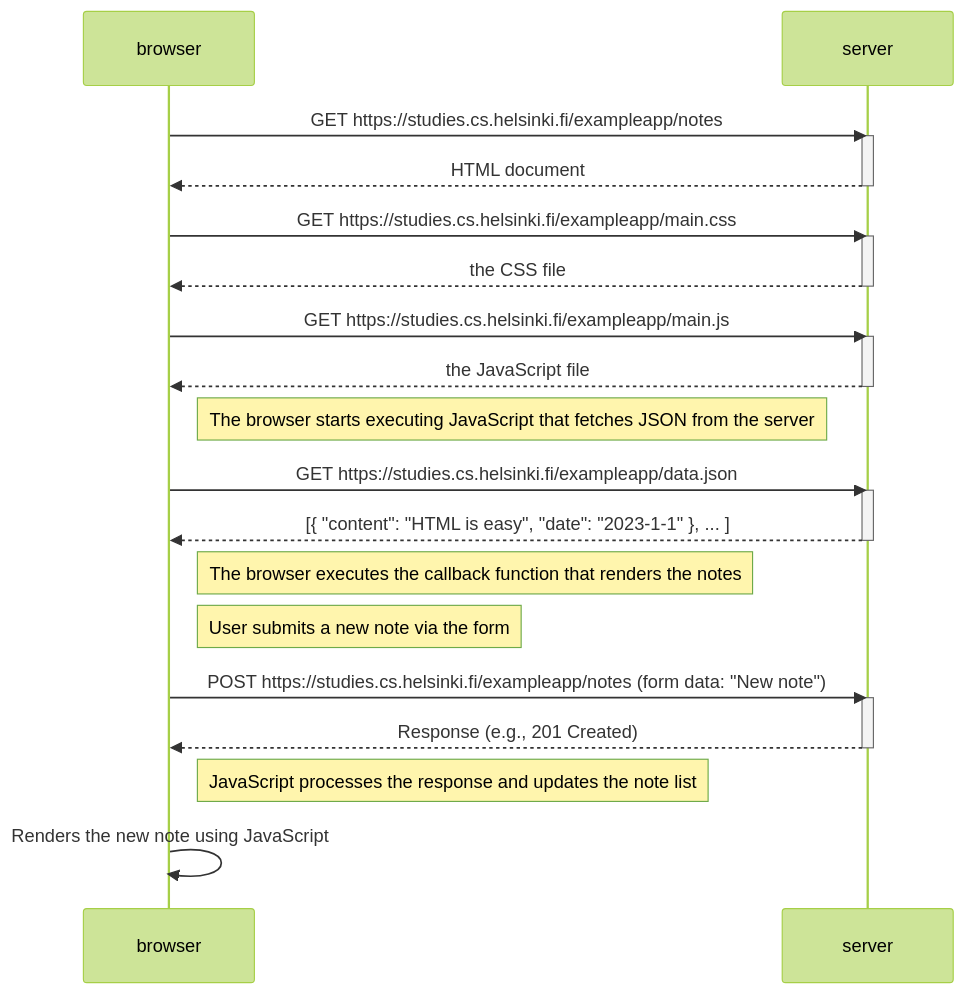
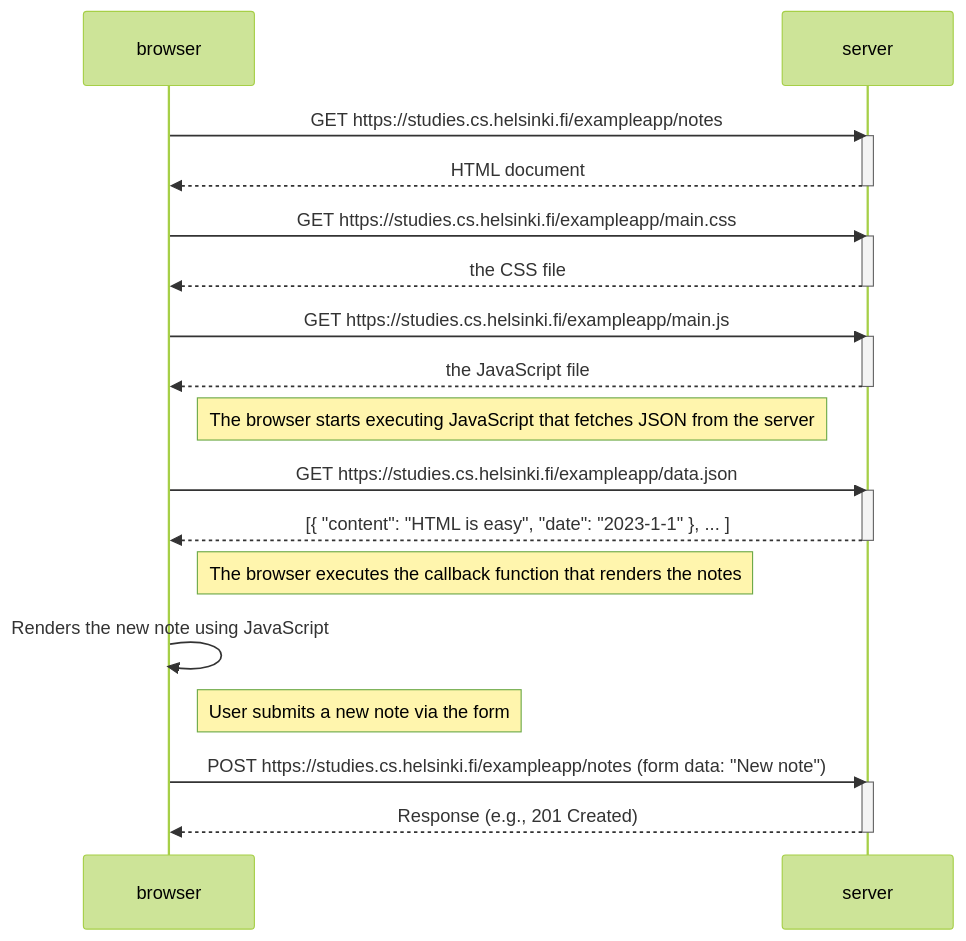
One commit to Nav-neetKr/part0 changed the diagram in 05.md. Above: the diagram before and after it, drawn with Mermaid (forest theme).

````diff
--- a/05.md
+++ b/05.md
@@ -5,39 +5,39 @@
 ```mermaid
 sequenceDiagram
     participant browser
     participant server
 
     browser->>server: GET https://studies.cs.helsinki.fi/exampleapp/notes
     activate server
     server-->>browser: HTML document
     deactivate server
 
     browser->>server: GET https://studies.cs.helsinki.fi/exampleapp/main.css
     activate server
     server-->>browser: the CSS file
     deactivate server
 
     browser->>server: GET https://studies.cs.helsinki.fi/exampleapp/main.js
     activate server
     server-->>browser: the JavaScript file
     deactivate server
 
     Note right of browser: The browser starts executing JavaScript that fetches JSON from the server
 
     browser->>server: GET https://studies.cs.helsinki.fi/exampleapp/data.json
     activate server
     server-->>browser: [{ "content": "HTML is easy", "date": "2023-1-1" }, ... ]
     deactivate server
 
     Note right of browser: The browser executes the callback function that renders the notes
+    browser->>browser: Renders the new note using JavaScript
 
     Note right of browser: User submits a new note via the form
     browser->>server: POST https://studies.cs.helsinki.fi/exampleapp/notes (form data: "New note")
     activate server
     server-->>browser: Response (e.g., 201 Created)
     deactivate server
 
-    Note right of browser: JavaScript processes the response and updates the note list
-    browser->>browser: Renders the new note using JavaScript
+
 
 ```
````
